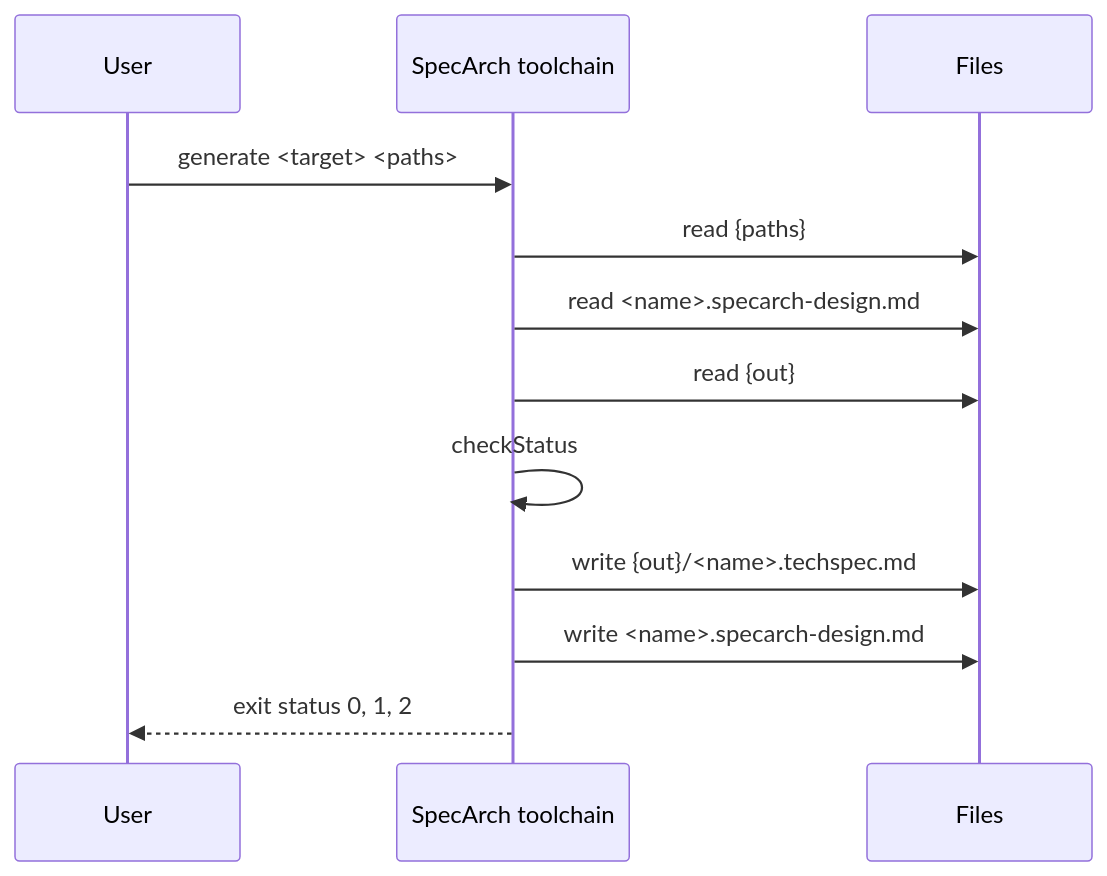
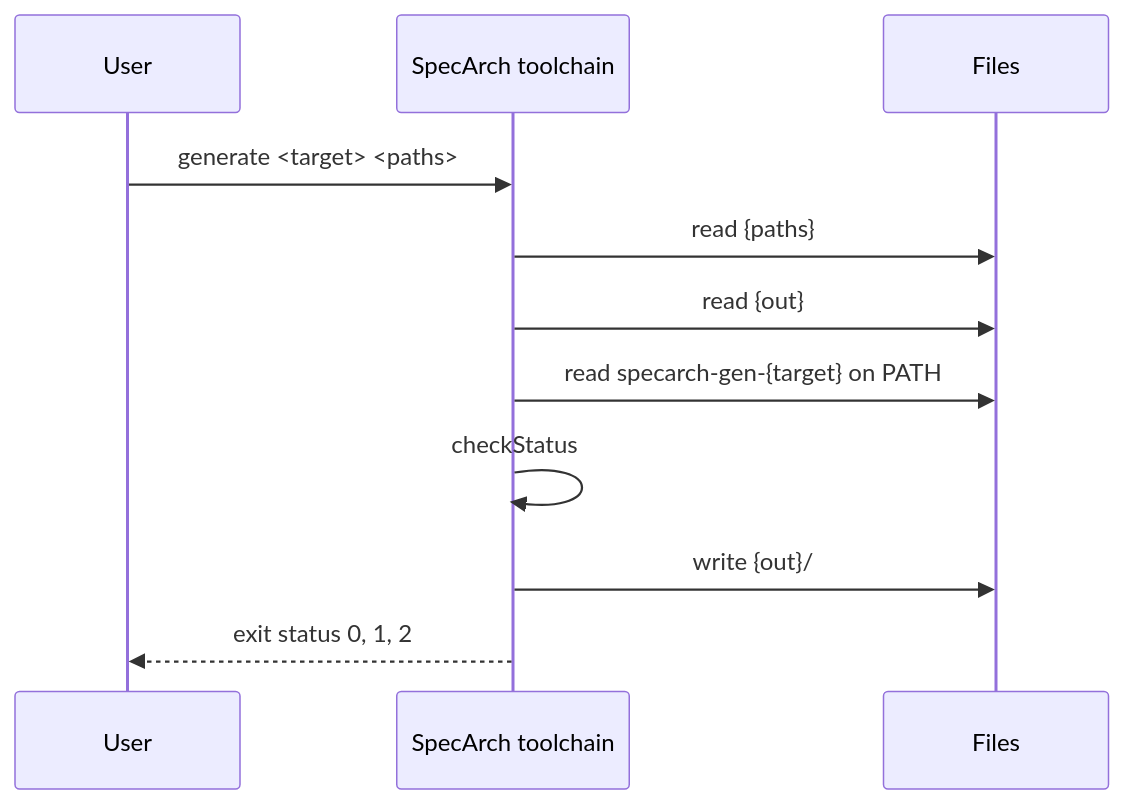
Before and after one commit to SpecArch/specarch: the fourth of 6 diagrams in docs/techspec.md, drawn with Mermaid. The commit also changed other lines of this file and 98 other files, not shown here.

````diff
--- a/docs/techspec.md
+++ b/docs/techspec.md
@@ -243,14 +353,13 @@
 ```mermaid
 sequenceDiagram
   participant U as User
   participant P as SpecArch toolchain
   participant F as Files
   U->>P: generate <target> <paths>
   P->>F: read {paths}
-  P->>F: read <name>.specarch-design.md
   P->>F: read {out}
+  P->>F: read specarch-gen-{target} on PATH
   P->>P: checkStatus
-  P->>F: write {out}/<name>.techspec.md
-  P->>F: write <name>.specarch-design.md
+  P->>F: write {out}/
   P-->>U: exit status 0, 1, 2
 ```
````
